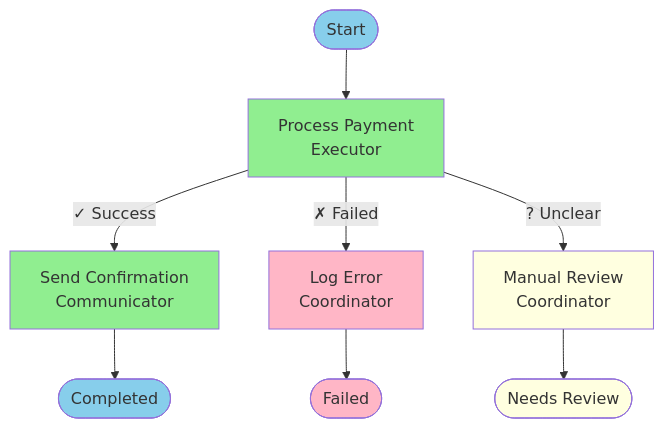
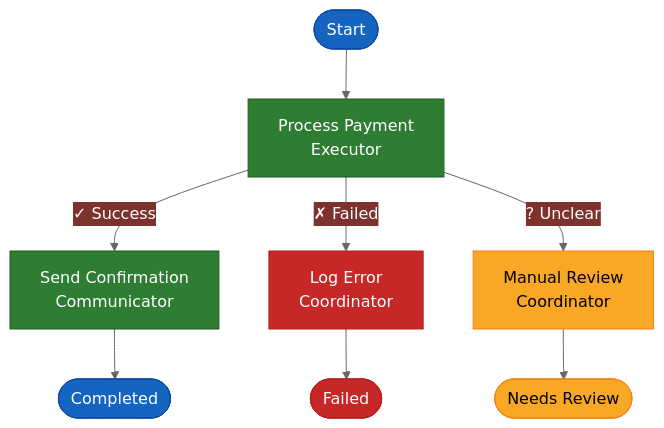
Before and after one commit to gcowin/approachable-workflows: the seventh of 11 diagrams in docs/reference/visual-patterns.md, drawn with Mermaid. The commit also changed other lines of this file and 1 other file, not shown here.

````diff
--- a/docs/reference/visual-patterns.md
+++ b/docs/reference/visual-patterns.md
@@ -277,19 +283,20 @@
 ```mermaid
+%%{init: {'theme':'base', 'themeVariables': {'primaryColor':'#2E7D32','primaryTextColor':'#fff','lineColor':'#666'}}}%%
 graph TD
     Start([Start]) --> A[Process Payment<br/>Executor]
     A -->|✓ Success| B[Send Confirmation<br/>Communicator]
     A -->|✗ Failed| C[Log Error<br/>Coordinator]
     A -->|? Unclear| D[Manual Review<br/>Coordinator]
     B --> End1([Completed])
     C --> End2([Failed])
     D --> End3([Needs Review])
     
-    style Start fill:#87CEEB
-    style A fill:#90EE90
-    style B fill:#90EE90
-    style C fill:#FFB6C6
-    style D fill:#FFFFE0
-    style End1 fill:#87CEEB
-    style End2 fill:#FFB6C6
-    style End3 fill:#FFFFE0
+    style Start fill:#1565C0,stroke:#0D47A1,color:#fff
+    style A fill:#2E7D32,stroke:#1B5E20,color:#fff
+    style B fill:#2E7D32,stroke:#1B5E20,color:#fff
+    style C fill:#C62828,stroke:#B71C1C,color:#fff
+    style D fill:#F9A825,stroke:#F57F17,color:#000
+    style End1 fill:#1565C0,stroke:#0D47A1,color:#fff
+    style End2 fill:#C62828,stroke:#B71C1C,color:#fff
+    style End3 fill:#F9A825,stroke:#F57F17,color:#000
 ```
````
